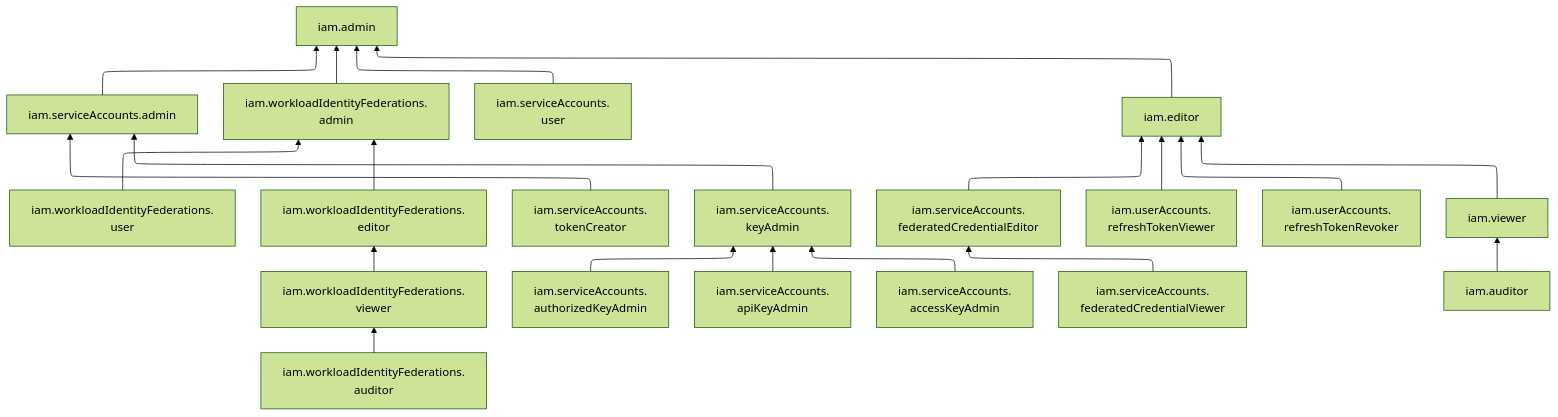
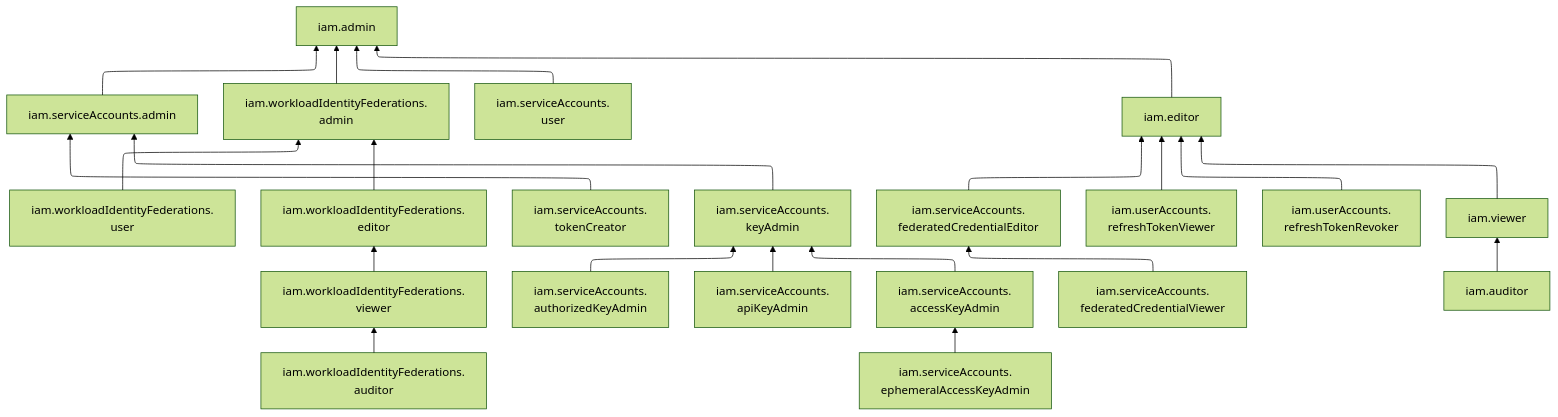
One commit to yandex-cloud/docs changed the diagram in en/_mermaid/roles/iam.md. Above: the diagram before and after it, drawn with Mermaid (forest theme). The commit also changed 18519 other files, not shown here.

````diff
--- a/en/_mermaid/roles/iam.md
+++ b/en/_mermaid/roles/iam.md
@@ -1,58 +1,61 @@
 ```mermaid
 %%{
   init: {
     "flowchart": { "defaultRenderer": "elk" },
     "elk": { "nodePlacementStrategy": "NETWORK_SIMPLEX" }
   }
 }%%
 flowchart BT
     iam.serviceAccounts.admin ---> iam.admin
     iam.workloadIdentityFederations.admin["`iam.workloadIdentityFederations.
     admin`"]
     iam.workloadIdentityFederations.admin --> iam.admin
     iam.workloadIdentityFederations.user["`iam.workloadIdentityFederations.
     user`"]
     iam.workloadIdentityFederations.user --> iam.workloadIdentityFederations.admin
     iam.workloadIdentityFederations.editor["`iam.workloadIdentityFederations.
     editor`"]
     iam.workloadIdentityFederations.editor --> iam.workloadIdentityFederations.admin
     iam.workloadIdentityFederations.viewer["`iam.workloadIdentityFederations.
     viewer`"]    
     iam.workloadIdentityFederations.viewer --> iam.workloadIdentityFederations.editor
     iam.workloadIdentityFederations.auditor["`iam.workloadIdentityFederations.
     auditor`"]     
     iam.workloadIdentityFederations.auditor --> iam.workloadIdentityFederations.viewer
     iam.serviceAccounts.user["`iam.serviceAccounts.
     user`"]
     iam.serviceAccounts.user ---> iam.admin
     iam.editor ---> iam.admin
     iam.serviceAccounts.tokenCreator["`iam.serviceAccounts.
     tokenCreator`"]
     iam.serviceAccounts.tokenCreator --> iam.serviceAccounts.admin
     iam.serviceAccounts.authorizedKeyAdmin["`iam.serviceAccounts.
     authorizedKeyAdmin`"]
     iam.serviceAccounts.authorizedKeyAdmin --> iam.serviceAccounts.keyAdmin
     iam.serviceAccounts.apiKeyAdmin["`iam.serviceAccounts.
     apiKeyAdmin`"]
     iam.serviceAccounts.apiKeyAdmin --> iam.serviceAccounts.keyAdmin
+    iam.serviceAccounts.ephemeralAccessKeyAdmin["`iam.serviceAccounts.
+    ephemeralAccessKeyAdmin`"]
+    iam.serviceAccounts.ephemeralAccessKeyAdmin --> iam.serviceAccounts.accessKeyAdmin
     iam.serviceAccounts.accessKeyAdmin["`iam.serviceAccounts.
     accessKeyAdmin`"]
     iam.serviceAccounts.accessKeyAdmin --> iam.serviceAccounts.keyAdmin
     iam.serviceAccounts.federatedCredentialEditor["`iam.serviceAccounts.
     federatedCredentialEditor`"]
     iam.serviceAccounts.federatedCredentialEditor --> iam.editor
     iam.serviceAccounts.federatedCredentialViewer["`iam.serviceAccounts.
     federatedCredentialViewer`"]
     iam.serviceAccounts.federatedCredentialViewer --> iam.serviceAccounts.federatedCredentialEditor
     iam.userAccounts.refreshTokenViewer["`iam.userAccounts.
     refreshTokenViewer`"]
     iam.userAccounts.refreshTokenViewer --> iam.editor
     iam.userAccounts.refreshTokenRevoker["`iam.userAccounts.
     refreshTokenRevoker`"]
     iam.userAccounts.refreshTokenRevoker --> iam.editor
     iam.viewer --> iam.editor
     iam.auditor --> iam.viewer
     iam.serviceAccounts.keyAdmin["`iam.serviceAccounts.
     keyAdmin`"]
     iam.serviceAccounts.keyAdmin --> iam.serviceAccounts.admin
 ```
````
